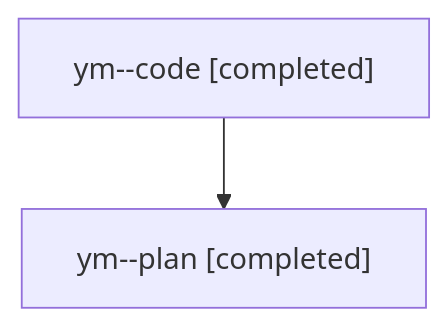
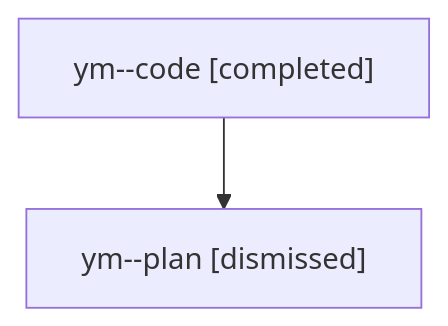
The diagram in families/bbugyi200.athena.ym.md (sase-org/sase--agents), drawn with Mermaid before and after one commit. The commit also changed other lines of this file and 1607 other files, not shown here.

````diff
--- a/families/bbugyi200.athena.ym.md
+++ b/families/bbugyi200.athena.ym.md
@@ -9,6 +9,6 @@
 ```mermaid
 flowchart TD
   n0["ym--code [completed]"]
-  n1["ym--plan [completed]"]
+  n1["ym--plan [dismissed]"]
   n0 --> n1
 ```
````
